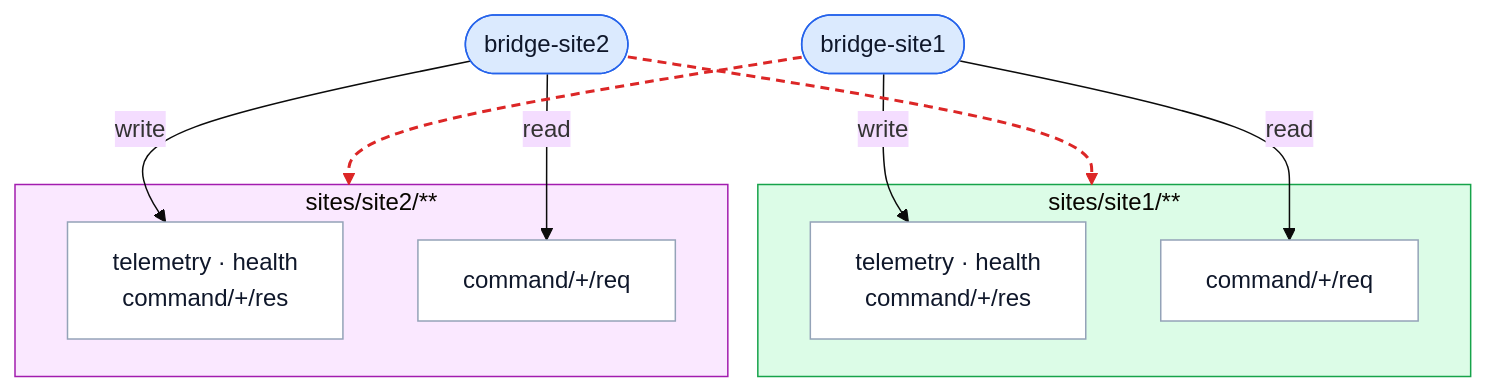
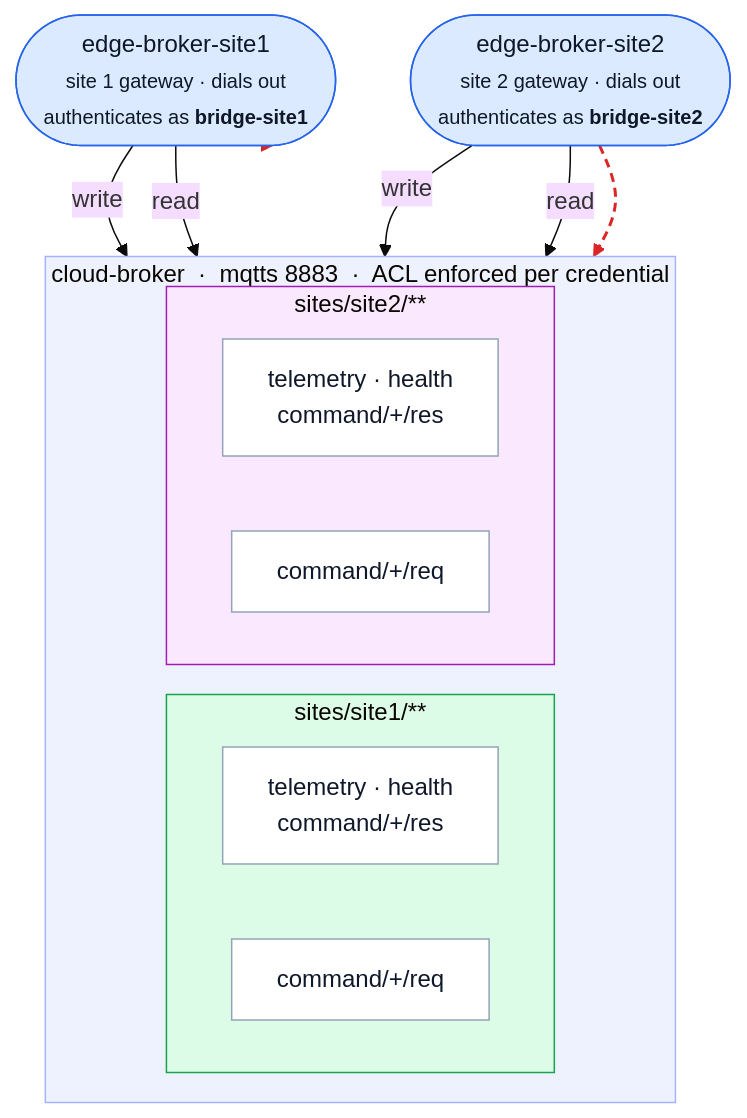
Before and after one commit to jinternals/mqtt: the fifth of 5 diagrams in README.md, drawn with Mermaid (base theme). The commit also changed other lines of this file, not shown here.

````diff
--- a/README.md
+++ b/README.md
@@ -499,30 +556,33 @@
 ```mermaid
 flowchart TD
-    B1(["bridge-site1"])
-    B2(["bridge-site2"])
+    EB1(["edge-broker-site1<br/><small>site 1 gateway · dials out</small><br/><small>authenticates as <b>bridge-site1</b></small>"])
+    EB2(["edge-broker-site2<br/><small>site 2 gateway · dials out</small><br/><small>authenticates as <b>bridge-site2</b></small>"])
 
-    subgraph T1["sites/site1/**"]
-        S1U["telemetry · health<br/>command/+/res"]
-        S1C["command/+/req"]
+    subgraph CB["cloud-broker &nbsp;·&nbsp; mqtts 8883 &nbsp;·&nbsp; ACL enforced per credential"]
+        direction LR
+        subgraph T1["sites/site1/**"]
+            S1U["telemetry · health<br/>command/+/res"]
+            S1C["command/+/req"]
+        end
+        subgraph T2["sites/site2/**"]
+            S2U["telemetry · health<br/>command/+/res"]
+            S2C["command/+/req"]
+        end
     end
 
-    subgraph T2["sites/site2/**"]
-        S2U["telemetry · health<br/>command/+/res"]
-        S2C["command/+/req"]
-    end
-
-    B1 -- write --> S1U
-    B1 -- read --> S1C
-    B2 -- write --> S2U
-    B2 -- read --> S2C
-    B1 -.-> T2
-    B2 -.-> T1
+    EB1 -- write --> S1U
+    EB1 -- read --> S1C
+    EB2 -- write --> S2U
+    EB2 -- read --> S2C
+    EB1 -.-> T2
+    EB2 -.-> T1
 
     classDef cred fill:#dbeafe,stroke:#2563eb,color:#0f172a
     classDef topic fill:#ffffff,stroke:#94a3b8,color:#0f172a
-    class B1,B2 cred
+    class EB1,EB2 cred
     class S1U,S1C,S2U,S2C topic
     style T1 fill:#dcfce7,stroke:#16a34a
     style T2 fill:#fae8ff,stroke:#a21caf
+    style CB fill:#eef2ff,stroke:#a5b4fc
     linkStyle 4,5 stroke:#dc2626,stroke-width:2px,stroke-dasharray:6 4
 ```
````
